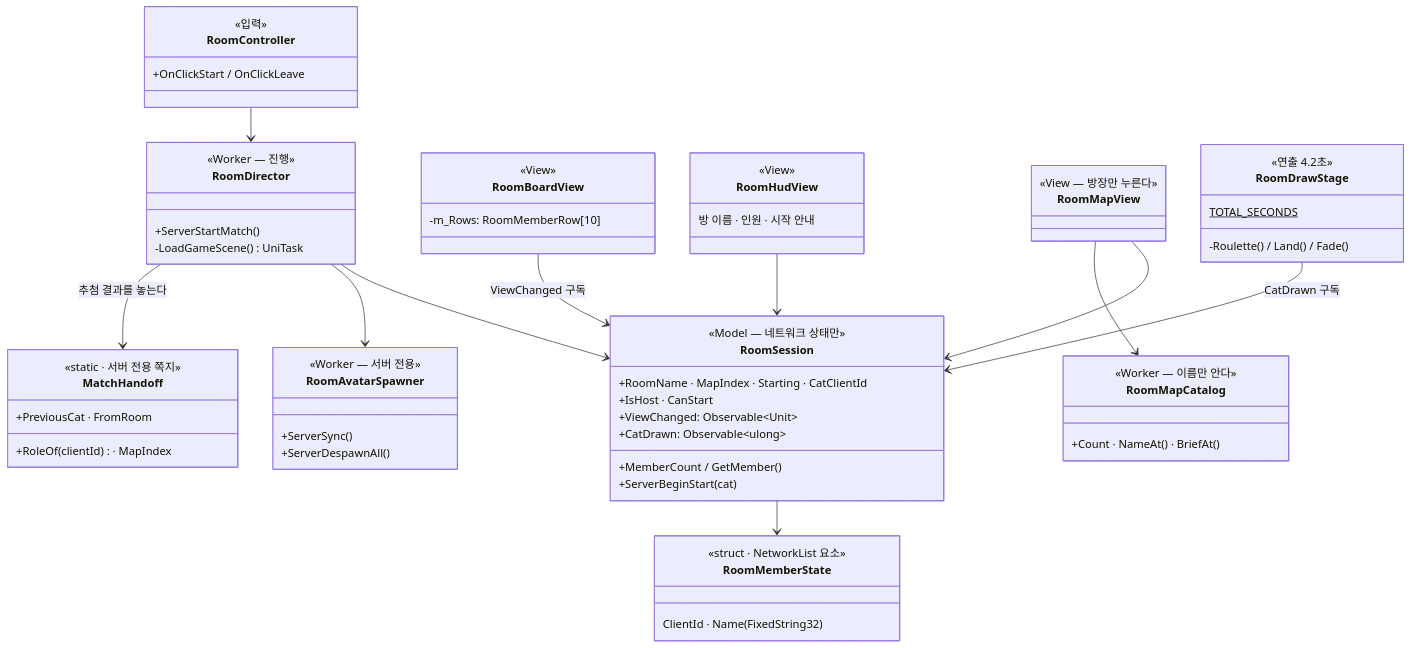
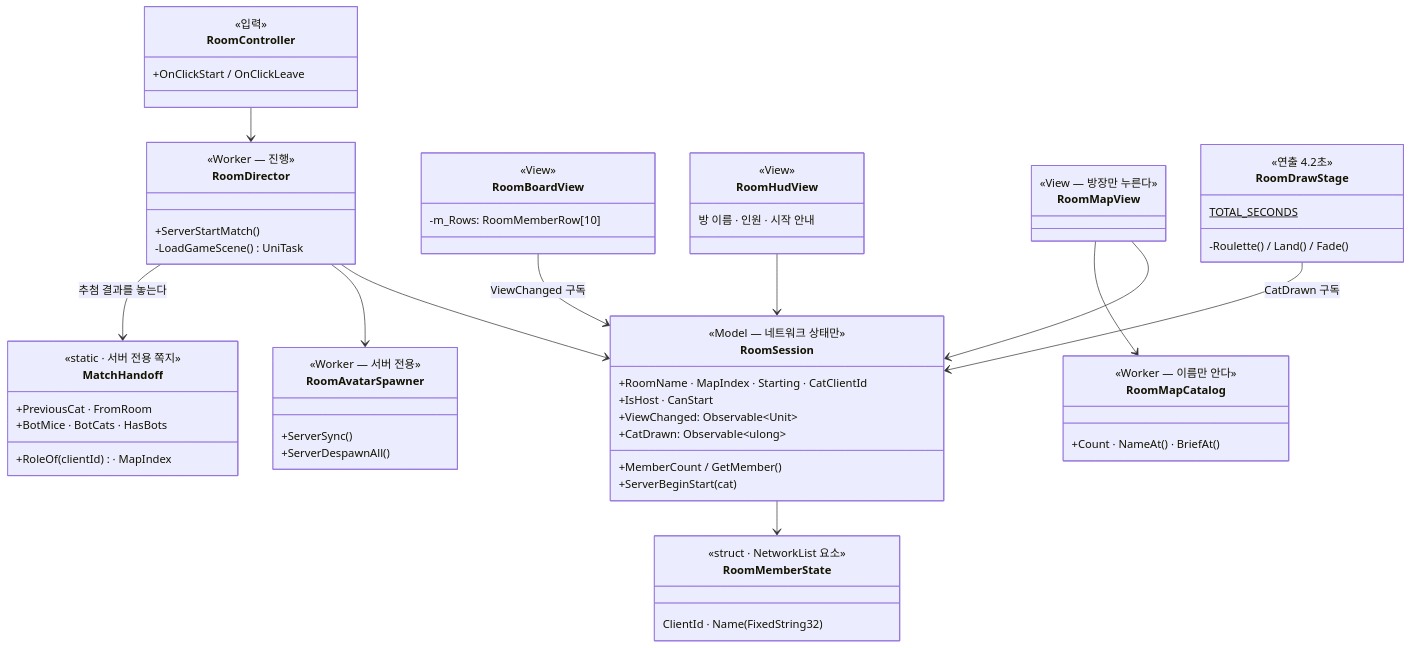
One commit to JeahanPark/The-Cheese-Thief-and-the-Cat changed the fourth of 33 diagrams in CTC/docs/design-vault/코드 다이어그램.md. Above: the diagram before and after it, drawn with Mermaid. The commit also changed other lines of this file and 3 other files, not shown here.

````diff
--- a/CTC/docs/design-vault/코드 다이어그램.md
+++ b/CTC/docs/design-vault/코드 다이어그램.md
@@ -123,65 +123,66 @@
 ```mermaid
 classDiagram
   class RoomMemberState {
     <<struct · NetworkList 요소>>
     ClientId · Name(FixedString32)
   }
   class RoomSession {
     <<Model — 네트워크 상태만>>
     +MemberCount / GetMember()
     +RoomName · MapIndex · Starting · CatClientId
     +IsHost · CanStart
     +ViewChanged: Observable~Unit~
     +CatDrawn: Observable~ulong~
     +ServerBeginStart(cat)
   }
   class RoomAvatarSpawner {
     <<Worker — 서버 전용>>
     +ServerSync()
     +ServerDespawnAll()
   }
   class RoomDirector {
     <<Worker — 진행>>
     +ServerStartMatch()
     -LoadGameScene() UniTask
   }
   class RoomBoardView {
     <<View>>
     -m_Rows: RoomMemberRow[10]
   }
   class RoomHudView {
     <<View>>
     방 이름 · 인원 · 시작 안내
   }
   class RoomMapCatalog {
     <<Worker — 이름만 안다>>
     +Count · NameAt() · BriefAt()
   }
   class RoomMapView {
     <<View — 방장만 누른다>>
   }
   class RoomDrawStage {
     <<연출 4.2초>>
     TOTAL_SECONDS$
     -Roulette() / Land() / Fade()
   }
   class RoomController {
     <<입력>>
     +OnClickStart / OnClickLeave
   }
   class MatchHandoff {
     <<static · 서버 전용 쪽지>>
     +RoleOf(clientId) · MapIndex
     +PreviousCat · FromRoom
+    +BotMice · BotCats · HasBots
   }
   RoomSession --> RoomMemberState
   RoomDirector --> RoomSession
   RoomDirector --> RoomAvatarSpawner
   RoomDirector --> MatchHandoff : 추첨 결과를 놓는다
   RoomBoardView --> RoomSession : ViewChanged 구독
   RoomHudView --> RoomSession
   RoomMapView --> RoomSession
   RoomMapView --> RoomMapCatalog
   RoomDrawStage --> RoomSession : CatDrawn 구독
   RoomController --> RoomDirector
 ```
````
